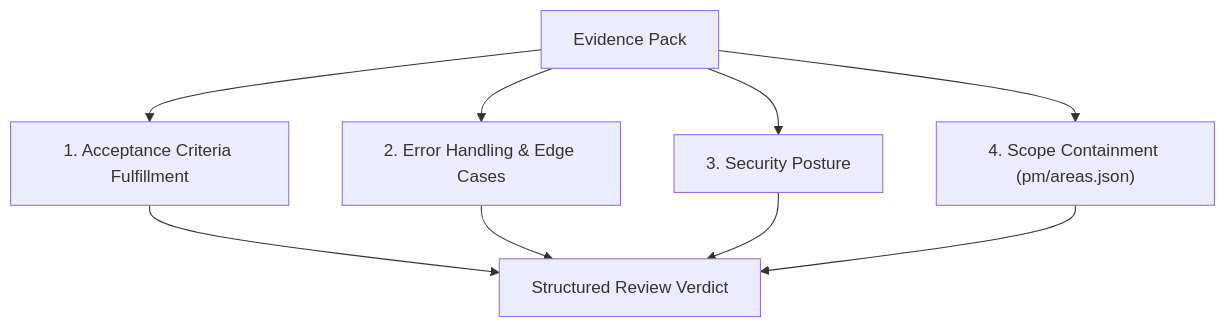
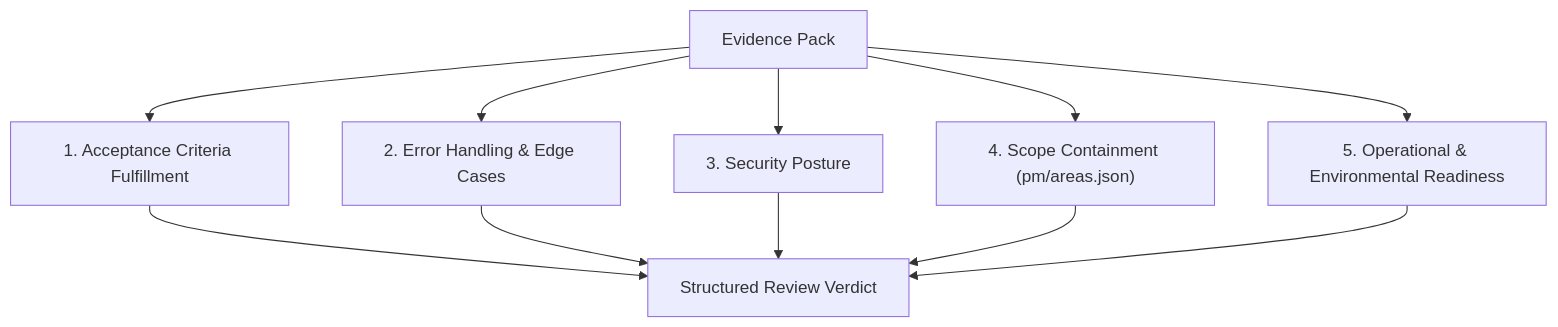
One commit to hanyihtang2/ways-of-working changed the diagram in standards/TIER_1_REVIEWER_SPEC.md. Above: the diagram before and after it, drawn with Mermaid. The commit also changed other lines of this file and 9 other files, not shown here.

````diff
--- a/standards/TIER_1_REVIEWER_SPEC.md
+++ b/standards/TIER_1_REVIEWER_SPEC.md
@@ -75,11 +75,13 @@
 ```mermaid
 flowchart TD
     Pack["Evidence Pack"] --> A["1. Acceptance Criteria Fulfillment"]
     Pack --> B["2. Error Handling & Edge Cases"]
     Pack --> C["3. Security Posture"]
     Pack --> D["4. Scope Containment (pm/areas.json)"]
+    Pack --> E["5. Operational & Environmental Readiness"]
     A --> Verdict["Structured Review Verdict"]
     B --> Verdict
     C --> Verdict
     D --> Verdict
+    E --> Verdict
 ```
````
